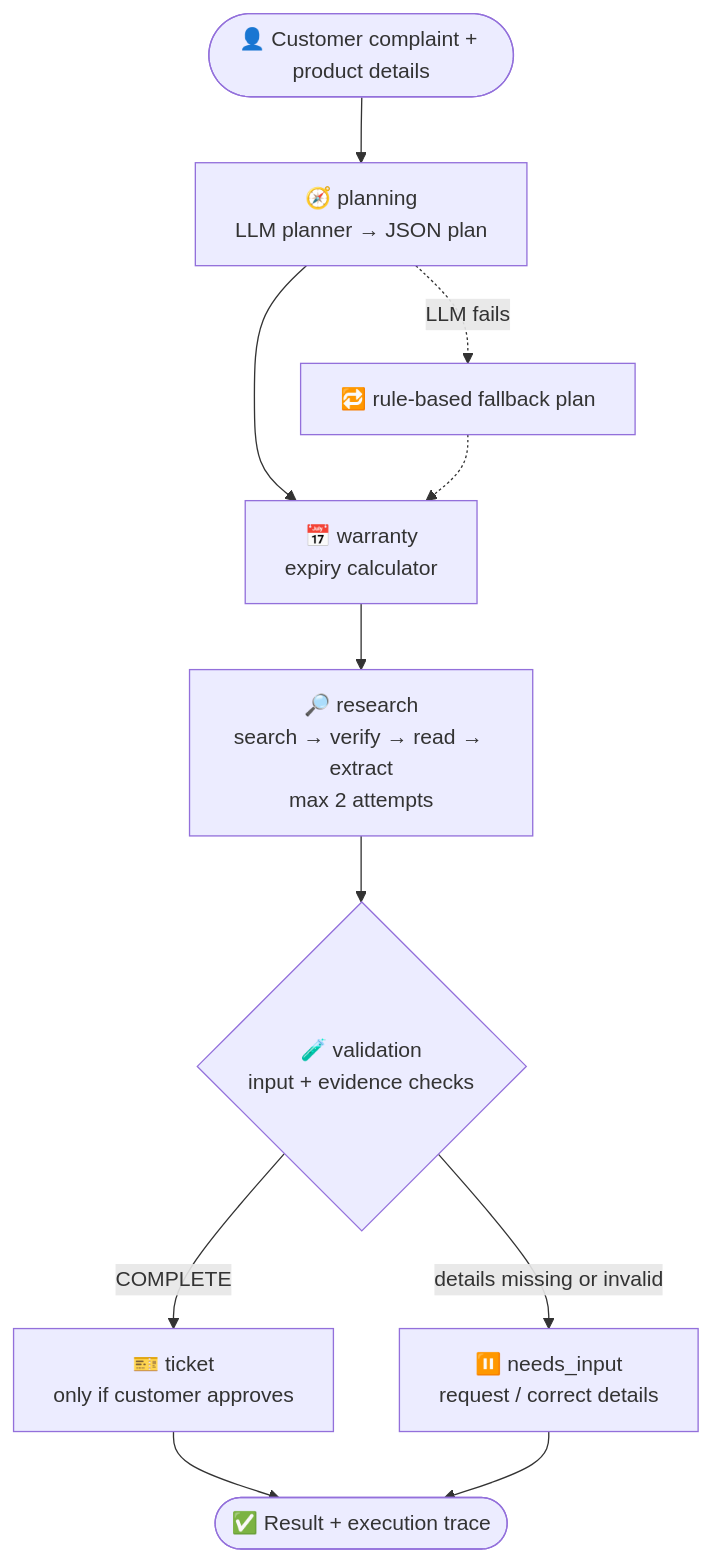
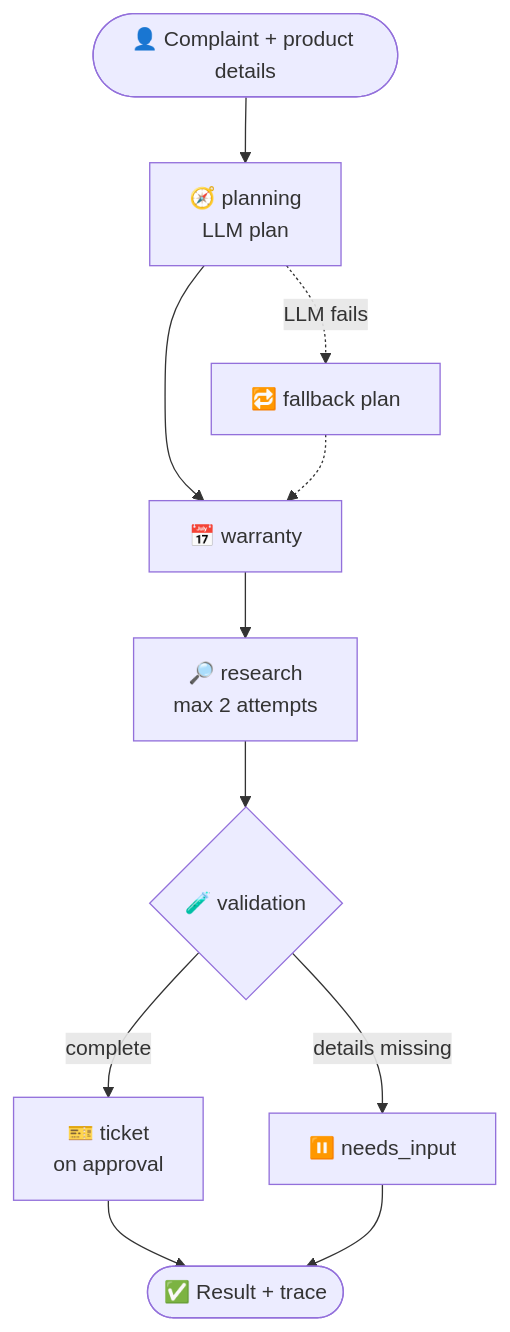
One commit to Vanshika24680/warranty-agent changed the diagram in README.md. Above: the diagram before and after it, drawn with Mermaid. The commit also changed other lines of this file, not shown here.

````diff
--- a/README.md
+++ b/README.md
@@ -36,17 +65,10 @@
 ```mermaid
 flowchart TD
-    U(["👤 Customer complaint + product details"]) --> P
-    P["🧭 planning<br/>LLM planner → JSON plan"]
-    W["📅 warranty<br/>expiry calculator"]
-    R["🔎 research<br/>search → verify → read → extract<br/>max 2 attempts"]
-    V{"🧪 validation<br/>input + evidence checks"}
-    T["🎫 ticket<br/>only if customer approves"]
-    N["⏸️ needs_input<br/>request / correct details"]
-    E(["✅ Result + execution trace"])
-
-    P --> W --> R --> V
-    V -- "COMPLETE" --> T --> E
-    V -- "details missing or invalid" --> N --> E
-    P -. "LLM fails" .-> F["🔁 rule-based fallback plan"]
-    F -.-> W
+    U(["👤 Complaint + product details"]) --> P["🧭 planning<br/>LLM plan"]
+    P --> W["📅 warranty"]
+    W --> R["🔎 research<br/>max 2 attempts"]
+    R --> V{"🧪 validation"}
+    V -- "complete" --> T["🎫 ticket<br/>on approval"] --> E(["✅ Result + trace"])
+    V -- "details missing" --> N["⏸️ needs_input"] --> E
+    P -. "LLM fails" .-> F["🔁 fallback plan"] -.-> W
 ```
````
